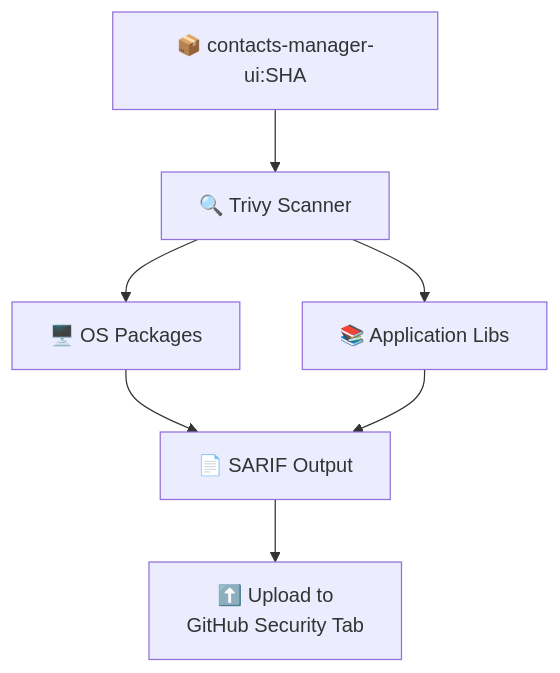
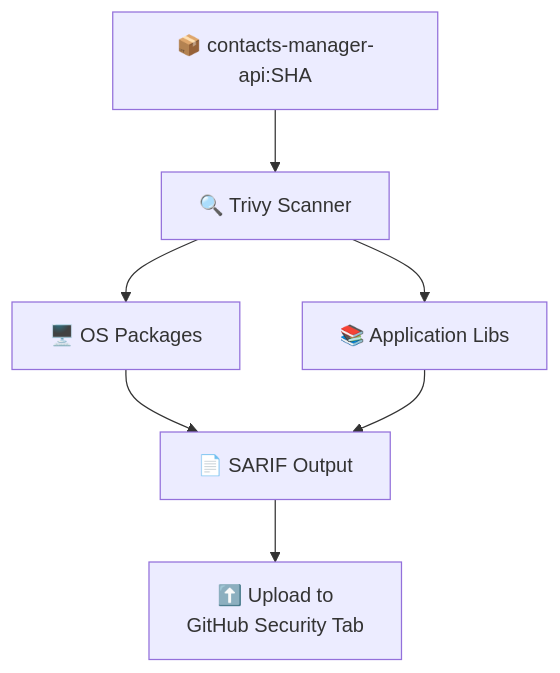
Before and after one commit to Ahmed-yasser86/RelationshipIntelligence: the tenth of 15 diagrams in README.md, drawn with Mermaid. The commit also changed other lines of this file and 13 other files, not shown here.

````diff
--- a/README.md
+++ b/README.md
@@ -324,12 +324,12 @@
 ```mermaid
 flowchart TB
-    Image["📦 contacts-manager-ui:SHA"] --> Trivy["🔍 Trivy Scanner"]
+    Image["📦 contacts-manager-api:SHA"] --> Trivy["🔍 Trivy Scanner"]
     
     Trivy --> OS["🖥️ OS Packages"]
     Trivy --> Libs["📚 Application Libs"]
     
     OS --> SARIF["📄 SARIF Output"]
     Libs --> SARIF
     
     SARIF --> Upload["⬆️ Upload to<br/>GitHub Security Tab"]
 ```
````
